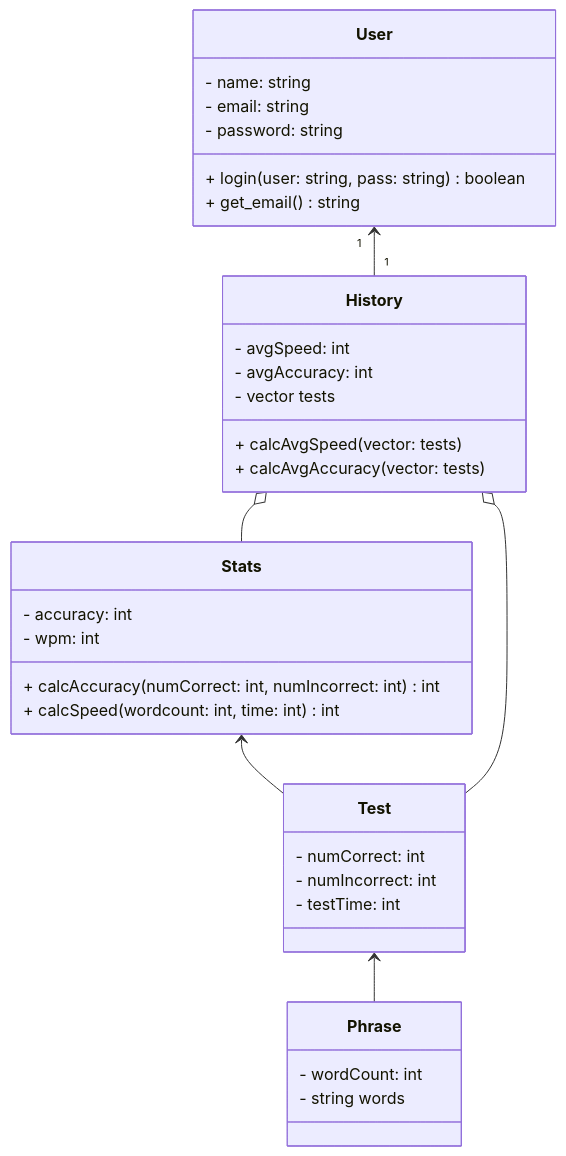
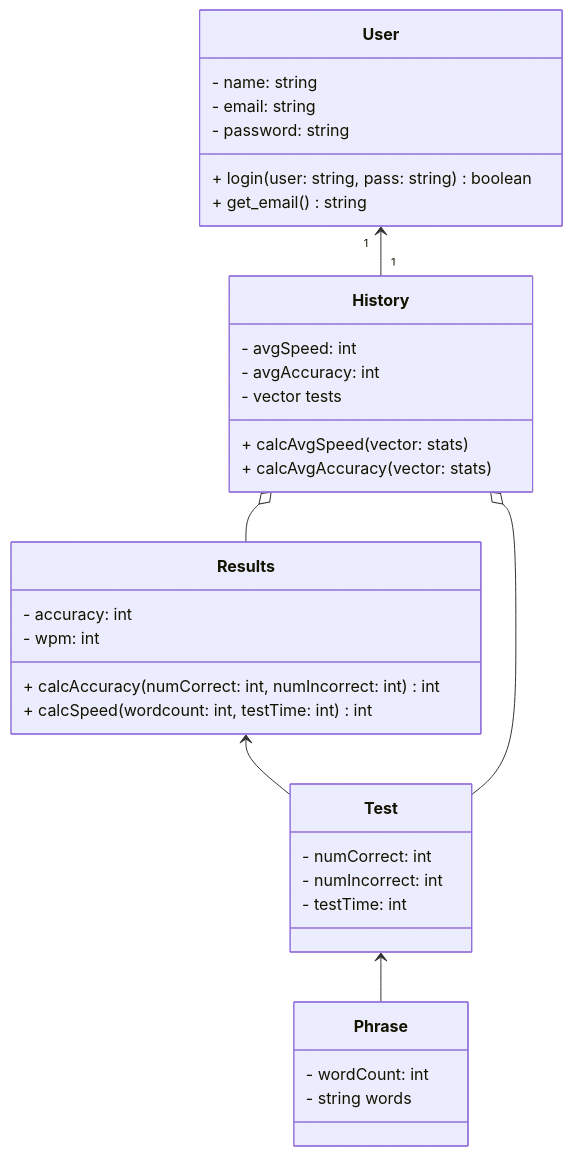
One commit to sbandaya/tippitytappity-design changed the diagram in README.md. Above: the diagram before and after it, drawn with Mermaid.

Commit message:
Update data model in README with Results class

````diff
--- a/README.md
+++ b/README.md
@@ -8,40 +8,40 @@
 ```mermaid
 classDiagram
-  Stats <-- Test
+  Results <-- Test
   Test <-- Phrase
   User "1" <-- "1" History
-  History o-- Stats
+  History o-- Results
   History o-- Test
 
   class User{
         - name: string
         - email: string
         - password: string
         + login(user: string, pass: string) boolean
         + get_email() string
         
   }
-  class Stats{
+  class Results{
         - accuracy: int
         - wpm: int
         + calcAccuracy( numCorrect: int, numIncorrect: int) int
-        + calcSpeed( wordcount: int, time: int) int
+        + calcSpeed( wordcount: int, testTime: int) int
   }
   class Phrase{
         - wordCount: int
         - string words
   }
   class Test{
         - numCorrect: int
         - numIncorrect: int
         - testTime: int
   }
   class History{
         - avgSpeed: int
         - avgAccuracy: int
         - vector<Test> tests 
-        + calcAvgSpeed(vector<Test>: tests )
-        + calcAvgAccuracy(vector<Test>: tests)
+        + calcAvgSpeed(vector<Stats>: stats)
+        + calcAvgAccuracy(vector<Stats>: stats)
   }
   
 ```
````
